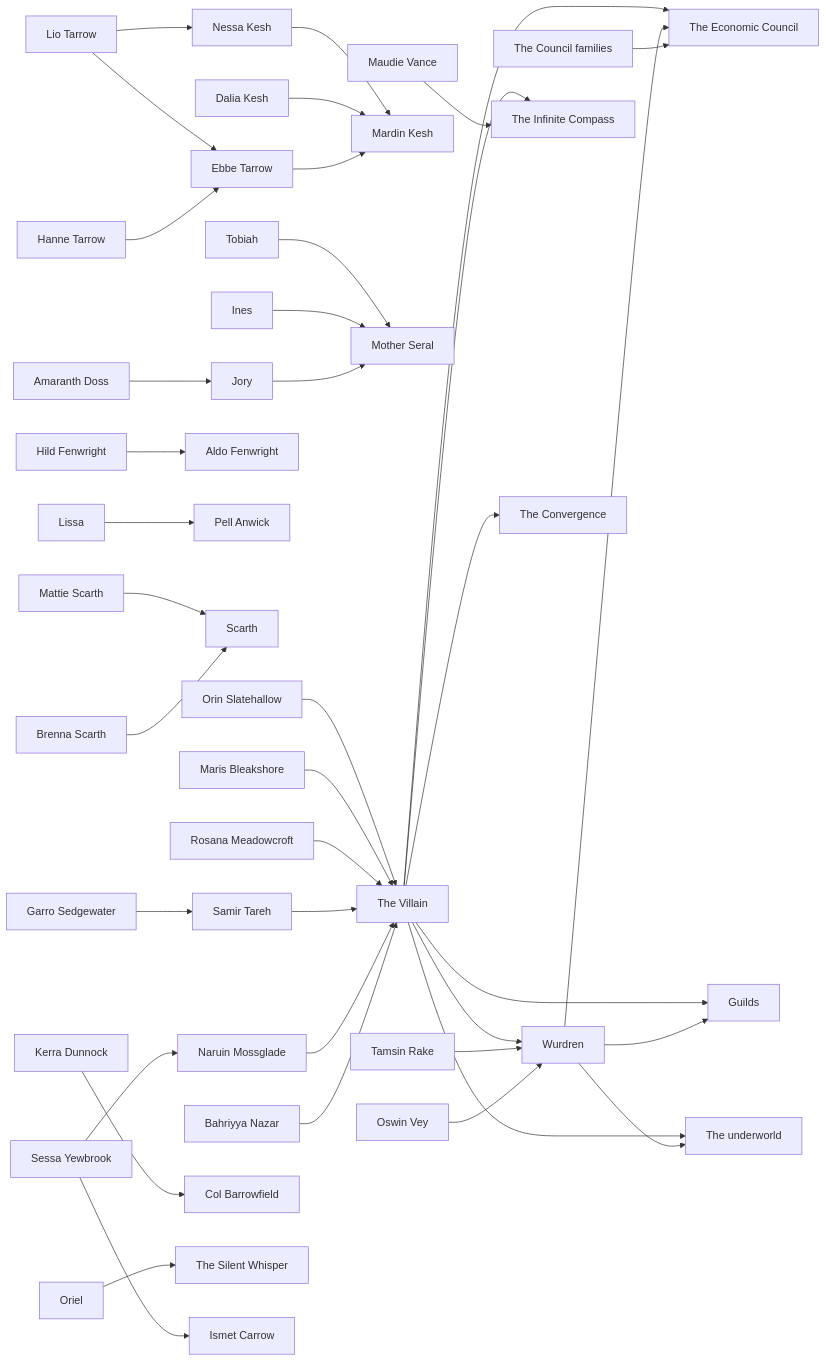
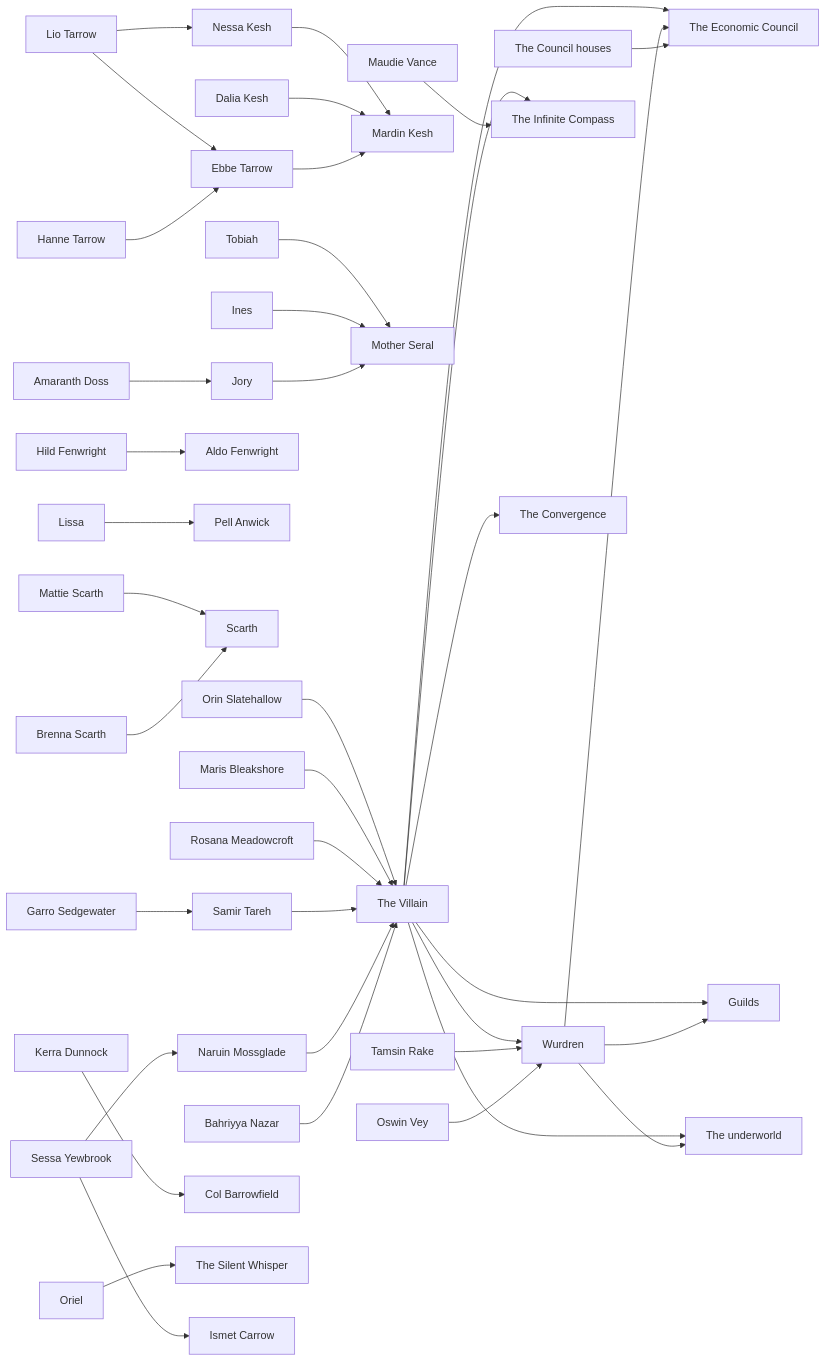
One commit to BigCatMellow/10Kings changed the diagram in atlas/people/README.md. Above: the diagram before and after it, drawn with Mermaid. The commit also changed other lines of this file and 31 other files, not shown here.

First line of the commit message:
Settle magic, language families and the Council houses; keep the Domino Map

```diff
--- a/atlas/people/README.md
+++ b/atlas/people/README.md
@@ -100,7 +100,7 @@
   pp_villain["The Villain"]
   pw_council["The Economic Council"]
   pp_wurdren["Wurdren"]
-  pp_families["The Council families"]
+  pp_families["The Council houses"]
   pw_guilds["Guilds"]
   pw_underworld["The underworld"]
   pw_faith_compass["The Infinite Compass"]
```
